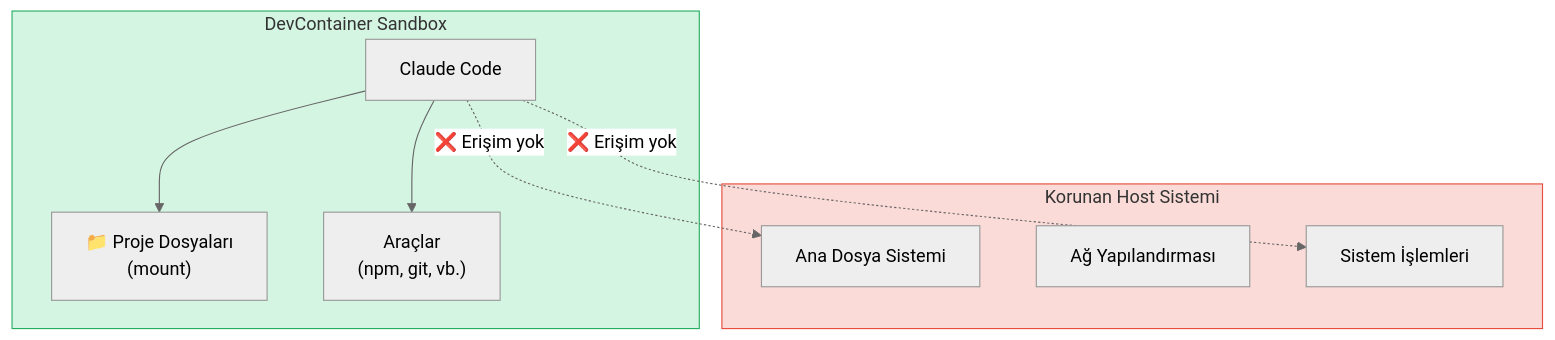
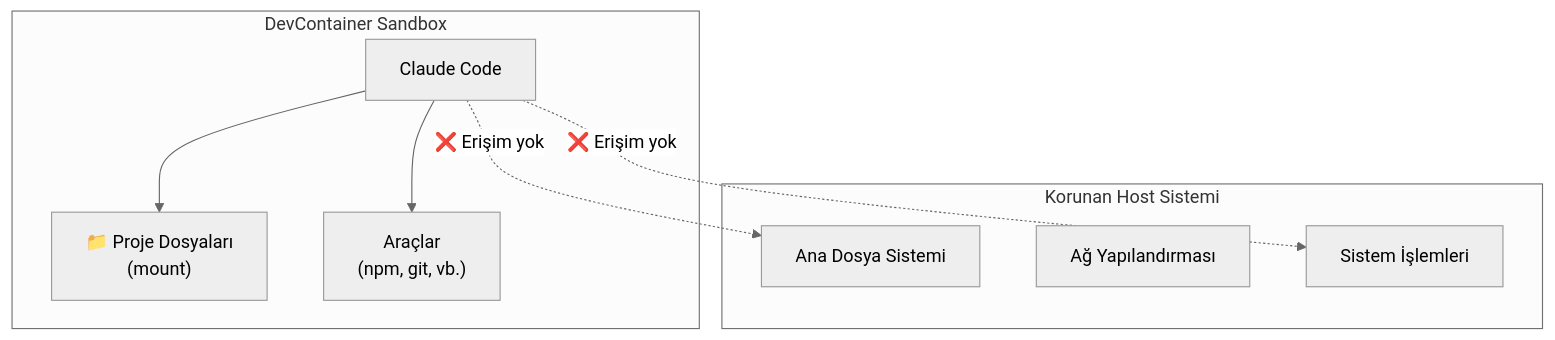
One commit to IzzetYasinAtes/ClaudeCodeHandbook changed the third of 5 diagrams in 18-kurumsal-kullanim/07-devcontainer.md. Above: the diagram before and after it, drawn with Mermaid (neutral theme). The commit also changed other lines of this file and 97 other files, not shown here.

Commit message:
Remove all custom Mermaid style/fill colors from 98 markdown files for consistent dark theme rendering

````diff
--- a/18-kurumsal-kullanim/07-devcontainer.md
+++ b/18-kurumsal-kullanim/07-devcontainer.md
@@ -229,22 +220,20 @@
 ```mermaid
 flowchart TD
     subgraph container_sandbox ["DevContainer Sandbox"]
         CC["Claude Code"]
         FILES["📁 Proje Dosyaları<br/>(mount)"]
         TOOLS["Araçlar<br/>(npm, git, vb.)"]
     end
 
     subgraph host_protected ["Korunan Host Sistemi"]
         HOST_FS["Ana Dosya Sistemi"]
         HOST_NET["Ağ Yapılandırması"]
         HOST_PROC["Sistem İşlemleri"]
     end
 
     CC --> FILES
     CC --> TOOLS
     CC -.->|"❌ Erişim yok"| HOST_FS
     CC -.->|"❌ Erişim yok"| HOST_PROC
 
-    style container_sandbox fill:#D5F5E3,stroke:#27AE60
-    style host_protected fill:#FADBD8,stroke:#E74C3C
 ```
````
